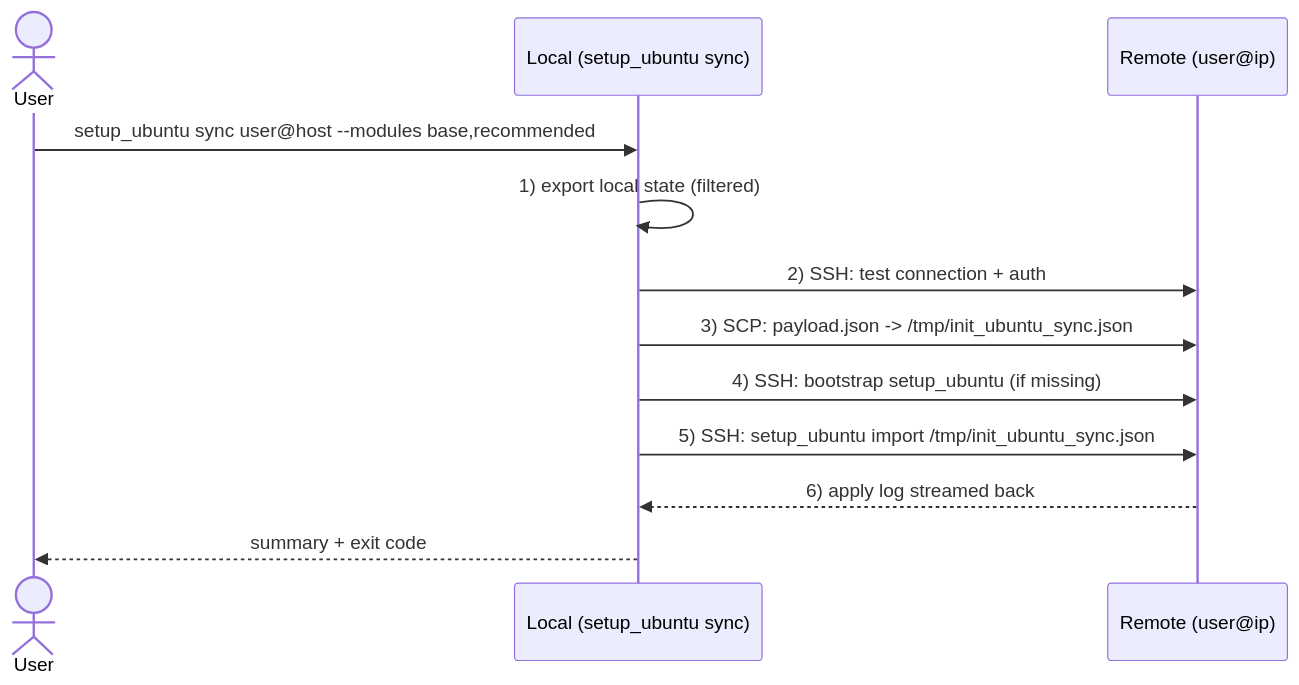
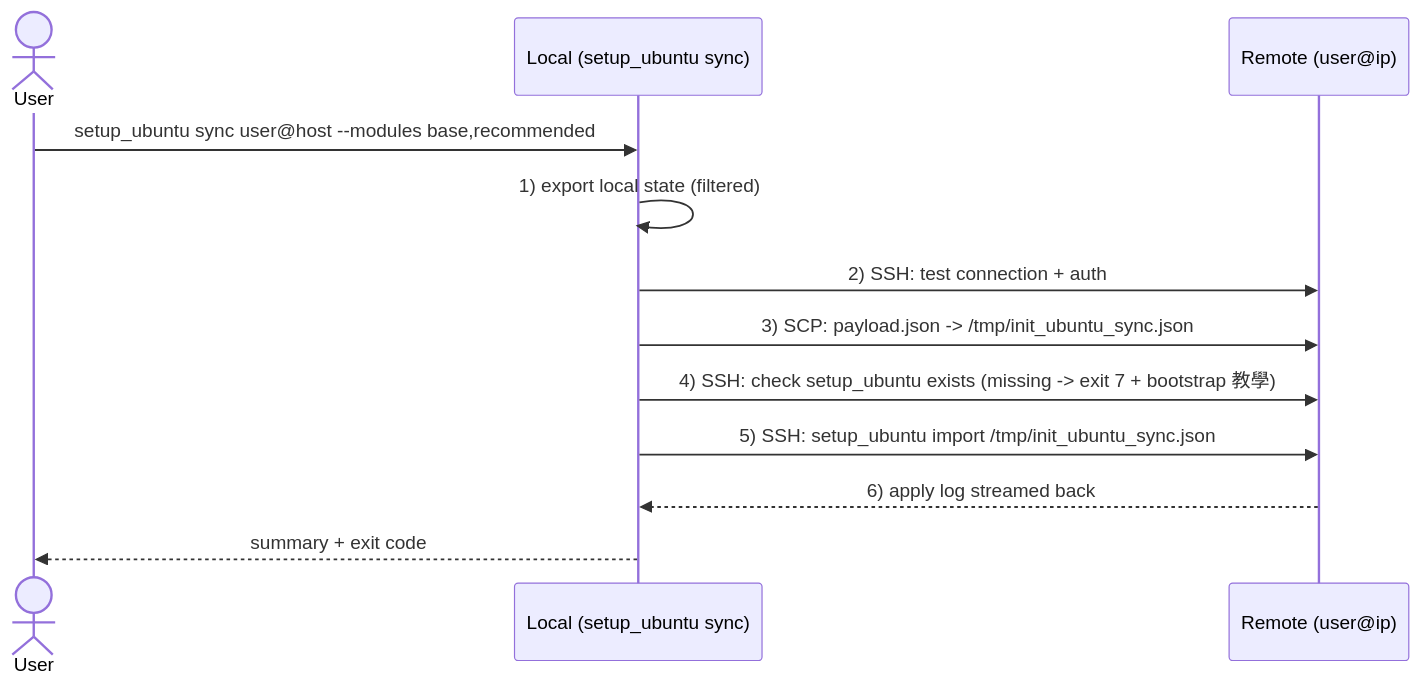
Before and after one commit to ycpss91255/initialization: the fifth of 7 diagrams in docs/architecture.md, drawn with Mermaid. The commit also changed other lines of this file and 1 other file, not shown here.

````diff
--- a/docs/architecture.md
+++ b/docs/architecture.md
@@ -372,15 +372,15 @@
 ```mermaid
 sequenceDiagram
     actor User
     participant L as Local (setup_ubuntu sync)
     participant R as Remote (user@ip)
 
     User->>L: setup_ubuntu sync user@host --modules base,recommended
     L->>L: 1) export local state (filtered)
     L->>R: 2) SSH: test connection + auth
     L->>R: 3) SCP: payload.json -> /tmp/init_ubuntu_sync.json
-    L->>R: 4) SSH: bootstrap setup_ubuntu (if missing)
+    L->>R: 4) SSH: check setup_ubuntu exists (missing -> exit 7 + bootstrap 教學)
     L->>R: 5) SSH: setup_ubuntu import /tmp/init_ubuntu_sync.json
     R-->>L: 6) apply log streamed back
     L-->>User: summary + exit code
 ```
````
